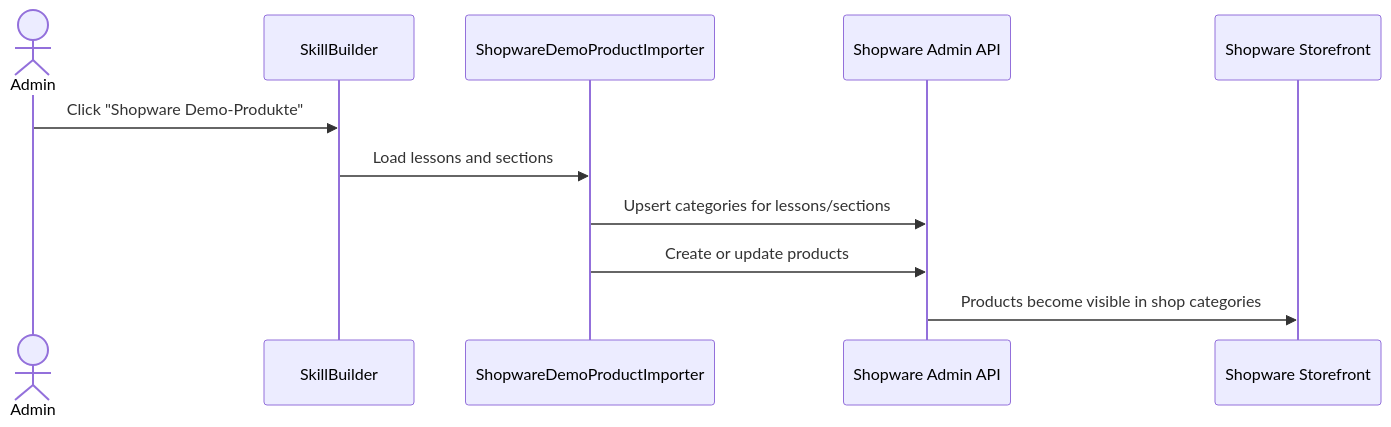
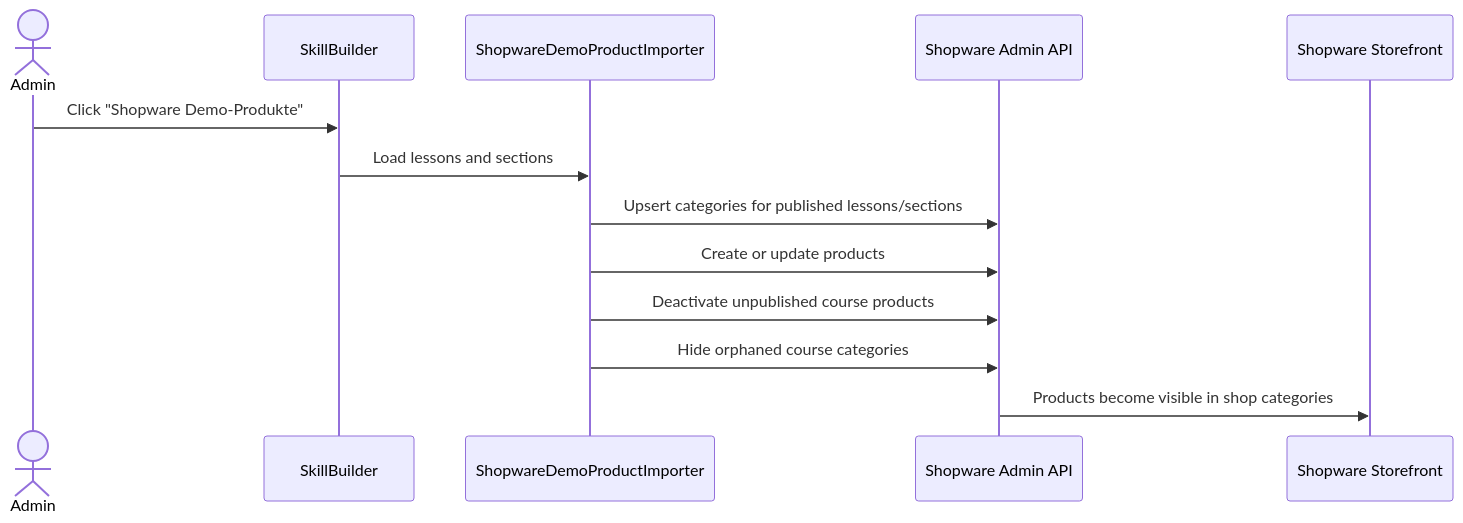
One commit to roadynet/skillbuilder-showcase changed the second of 2 diagrams in docs/architecture.md. Above: the diagram before and after it, drawn with Mermaid. The commit also changed other lines of this file and 5 other files, not shown here.

````diff
--- a/docs/architecture.md
+++ b/docs/architecture.md
@@ -48,14 +48,16 @@
 ```mermaid
 sequenceDiagram
     actor Admin
     participant SkillBuilder
     participant Importer as ShopwareDemoProductImporter
     participant API as Shopware Admin API
     participant Storefront as Shopware Storefront
 
     Admin->>SkillBuilder: Click "Shopware Demo-Produkte"
     SkillBuilder->>Importer: Load lessons and sections
-    Importer->>API: Upsert categories for lessons/sections
+    Importer->>API: Upsert categories for published lessons/sections
     Importer->>API: Create or update products
+    Importer->>API: Deactivate unpublished course products
+    Importer->>API: Hide orphaned course categories
     API->>Storefront: Products become visible in shop categories
 ```
````
